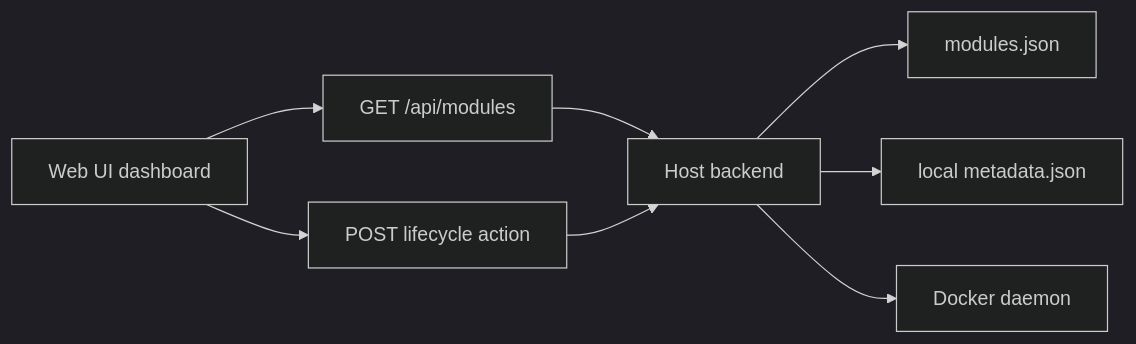
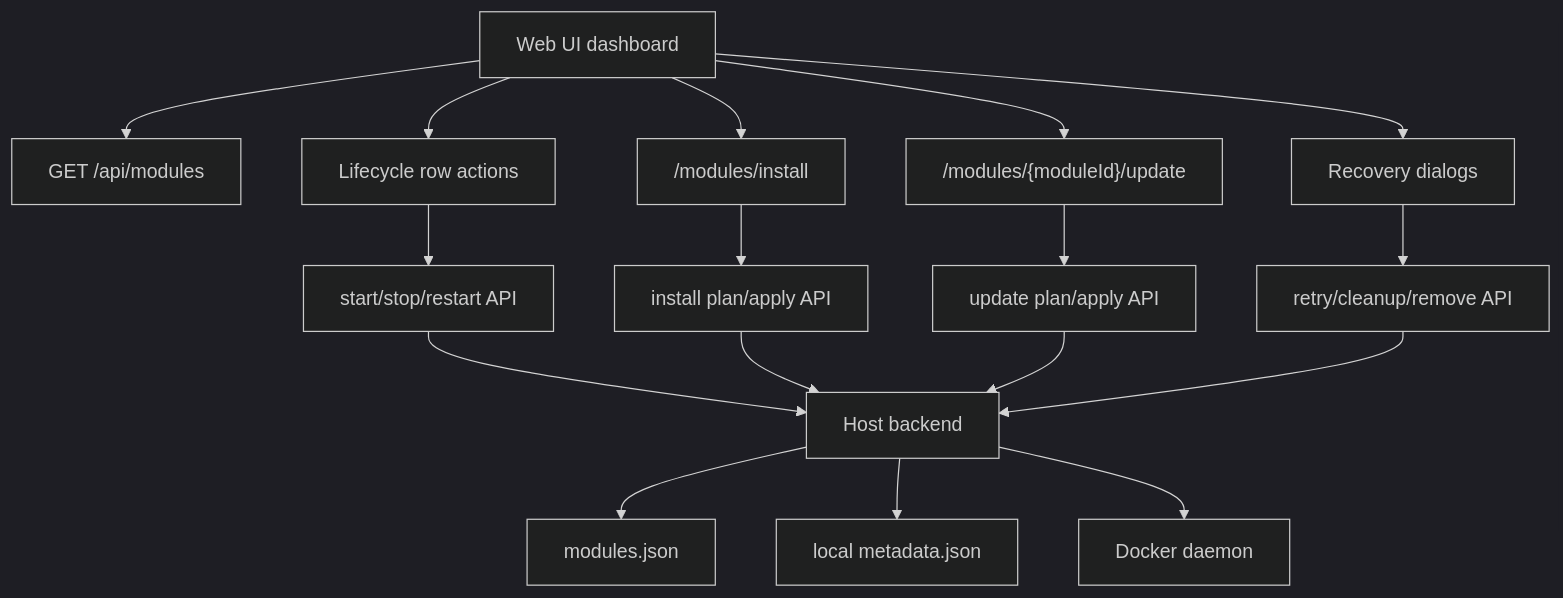
The diagram in docs/features/web-ui-dashboard.md (alex-de-haas/docker-host), drawn with Mermaid (dark theme) before and after one commit. The commit also changed other lines of this file and 19 other files, not shown here.

````diff
--- a/docs/features/web-ui-dashboard.md
+++ b/docs/features/web-ui-dashboard.md
@@ -17,10 +24,19 @@
 ```mermaid
-flowchart LR
+flowchart TD
   A["Web UI dashboard"] --> B["GET /api/modules"]
-  A --> C["POST lifecycle action"]
-  B --> D["Host backend"]
-  C --> D
-  D --> E["modules.json"]
-  D --> F["local metadata.json"]
-  D --> G["Docker daemon"]
+  A --> C["Lifecycle row actions"]
+  A --> D["/modules/install"]
+  A --> E["/modules/{moduleId}/update"]
+  A --> F["Recovery dialogs"]
+  C --> G["start/stop/restart API"]
+  D --> H["install plan/apply API"]
+  E --> I["update plan/apply API"]
+  F --> J["retry/cleanup/remove API"]
+  G --> K["Host backend"]
+  H --> K
+  I --> K
+  J --> K
+  K --> L["modules.json"]
+  K --> M["local metadata.json"]
+  K --> N["Docker daemon"]
 ```
````
